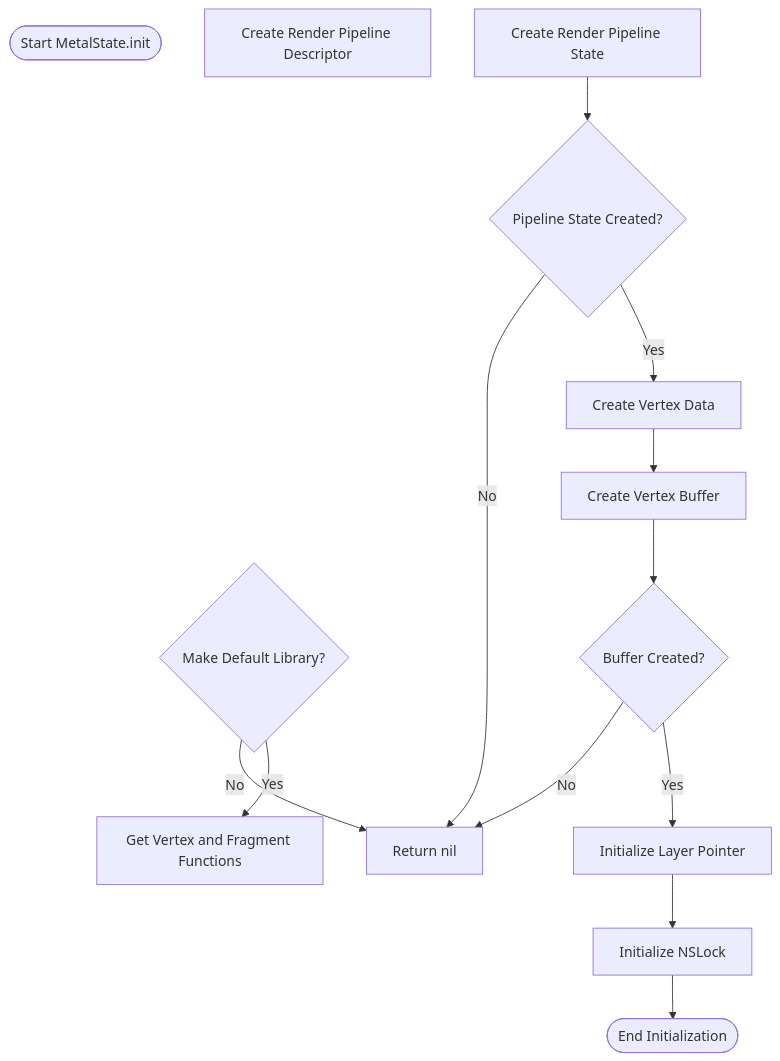
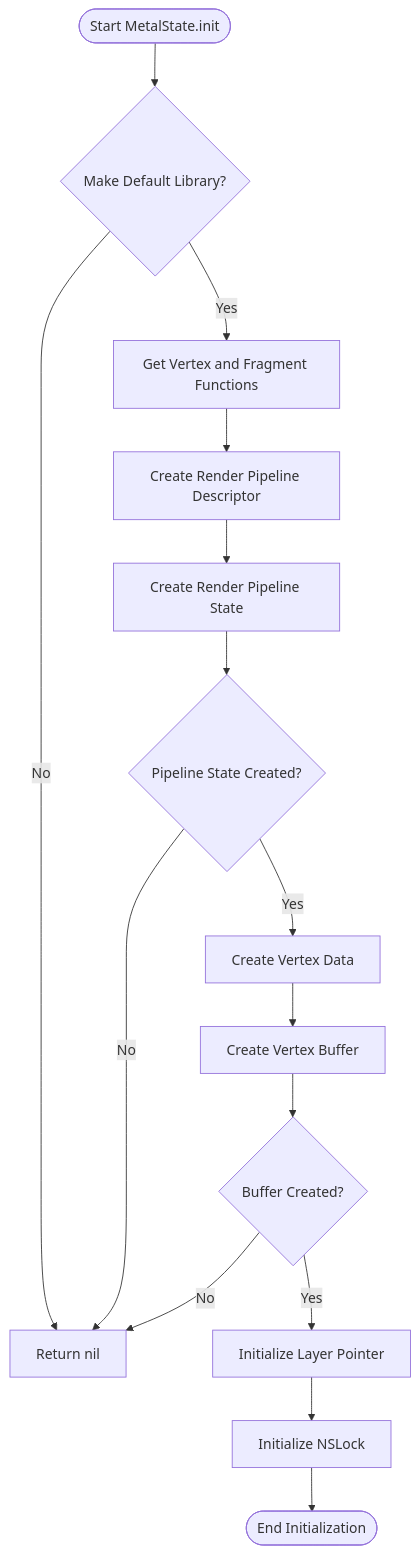
One commit to CongLeSolutionX/Metal-Primitives changed diagram 24 of 25 in Documentation.md. Above: the diagram before and after it, drawn with Mermaid.

````diff
--- a/Documentation.md
+++ b/Documentation.md
@@ -1049,18 +1049,27 @@
 ```mermaid
 flowchart TD
     Start([Start MetalState.init])
-    CheckLibrary{Make Default Library?}
+	Start --> CheckLibrary{Make Default Library?}
     CheckLibrary -- No --> ReturnNil[Return nil]
     CheckLibrary -- Yes --> GetFunctions[Get Vertex and Fragment Functions]
+    
+    
     CreateDescriptor[Create Render Pipeline Descriptor]
+
+	GetFunctions -->  CreateDescriptor
+
     CreatePipelineState[Create Render Pipeline State]
+	
+	CreateDescriptor -->  CreatePipelineState
+    
     CreatePipelineState --> CheckPipelineState{Pipeline State Created?}
+
     CheckPipelineState -- No --> ReturnNil
     CheckPipelineState -- Yes --> CreateVertices[Create Vertex Data]
     CreateVertices --> CreateBuffer[Create Vertex Buffer]
     CreateBuffer --> CheckBuffer{Buffer Created?}
     CheckBuffer -- No --> ReturnNil
     CheckBuffer -- Yes --> InitLayerPointer[Initialize Layer Pointer]
     InitLayerPointer --> InitLock[Initialize NSLock]
     InitLock --> End([End Initialization])
 ```
````
